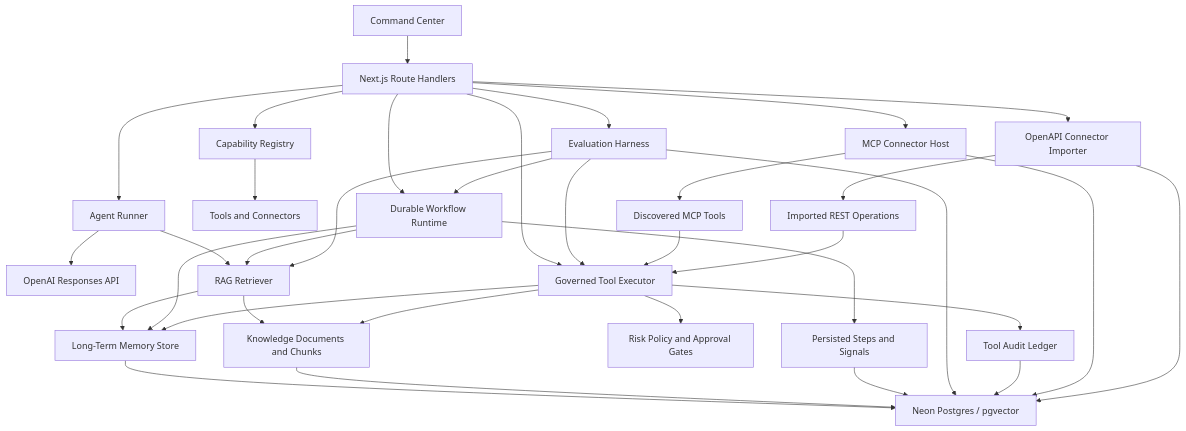
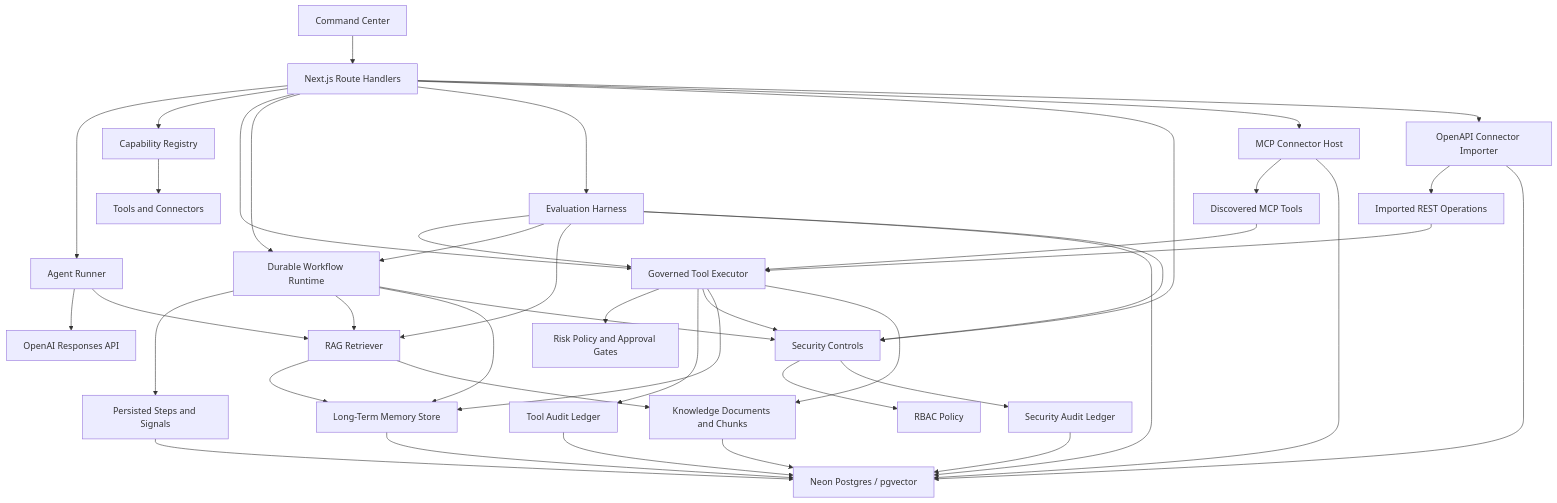
The diagram in docs/IMPLEMENTATION_PLAN.md (benniejoseph/OmniAgentOS), drawn with Mermaid before and after one commit. The commit also changed other lines of this file and 27 other files, not shown here.

Commit message:
Add RBAC security controls

````diff
--- a/docs/IMPLEMENTATION_PLAN.md
+++ b/docs/IMPLEMENTATION_PLAN.md
@@ -31,37 +32,44 @@
 ```mermaid
 flowchart TD
   UI["Command Center"] --> API["Next.js Route Handlers"]
   API --> RUNNER["Agent Runner"]
   RUNNER --> OAI["OpenAI Responses API"]
   RUNNER --> RAG["RAG Retriever"]
   RAG --> MEM["Long-Term Memory Store"]
   RAG --> DOCS["Knowledge Documents and Chunks"]
   MEM --> DB["Neon Postgres / pgvector"]
   DOCS --> DB
   API --> REG["Capability Registry"]
   REG --> TOOLS["Tools and Connectors"]
   API --> GOV["Governed Tool Executor"]
   GOV --> POLICY["Risk Policy and Approval Gates"]
   GOV --> AUDIT["Tool Audit Ledger"]
   API --> WF["Durable Workflow Runtime"]
   WF --> WSTEPS["Persisted Steps and Signals"]
   WSTEPS --> DB
   WF --> RAG
   WF --> MEM
   API --> EVAL["Evaluation Harness"]
   EVAL --> GOV
   EVAL --> WF
   EVAL --> RAG
   EVAL --> DB
+  API --> SEC["Security Controls"]
+  SEC --> RBAC["RBAC Policy"]
+  SEC --> SAUDIT["Security Audit Ledger"]
+  SAUDIT --> DB
+  GOV --> SEC
+  WF --> SEC
+  EVAL --> SEC
   API --> MCP["MCP Connector Host"]
   MCP --> MTOOLS["Discovered MCP Tools"]
   MTOOLS --> GOV
   API --> OPENAPI["OpenAPI Connector Importer"]
   OPENAPI --> RTOOLS["Imported REST Operations"]
   RTOOLS --> GOV
   GOV --> MEM
   GOV --> DOCS
   AUDIT --> DB
   MCP --> DB
   OPENAPI --> DB
 ```
````
